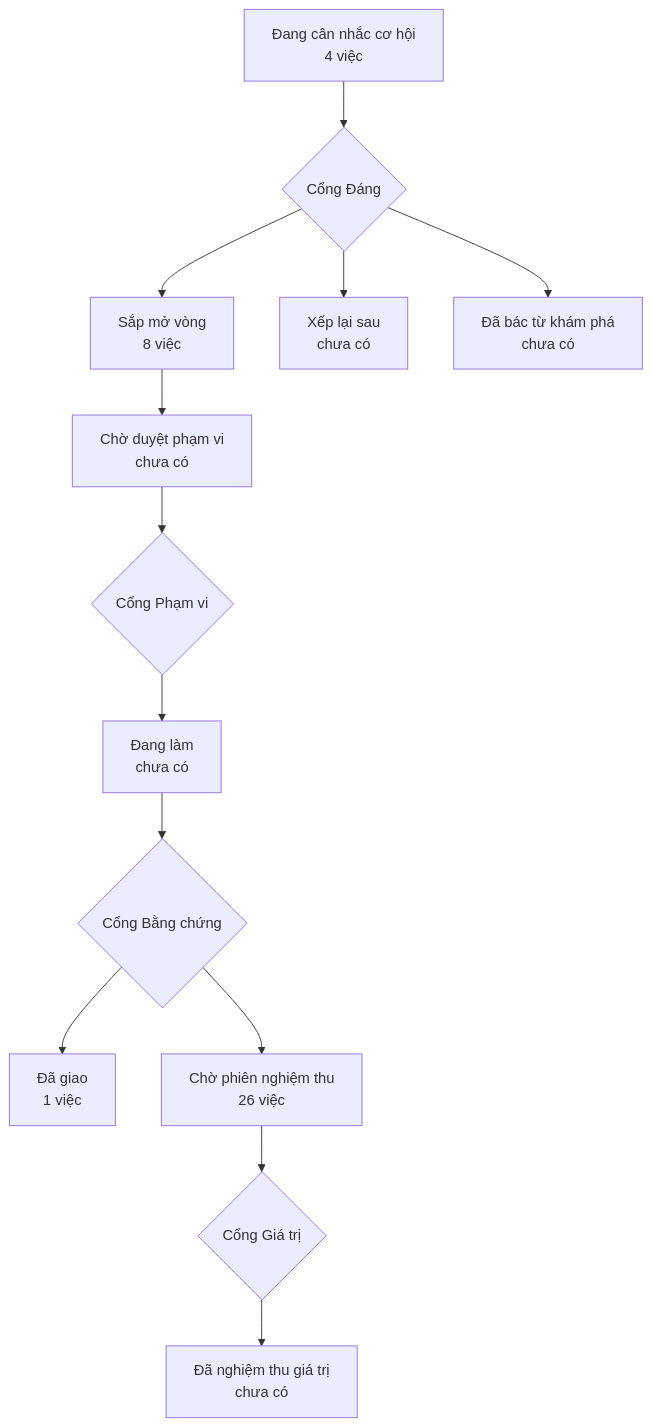
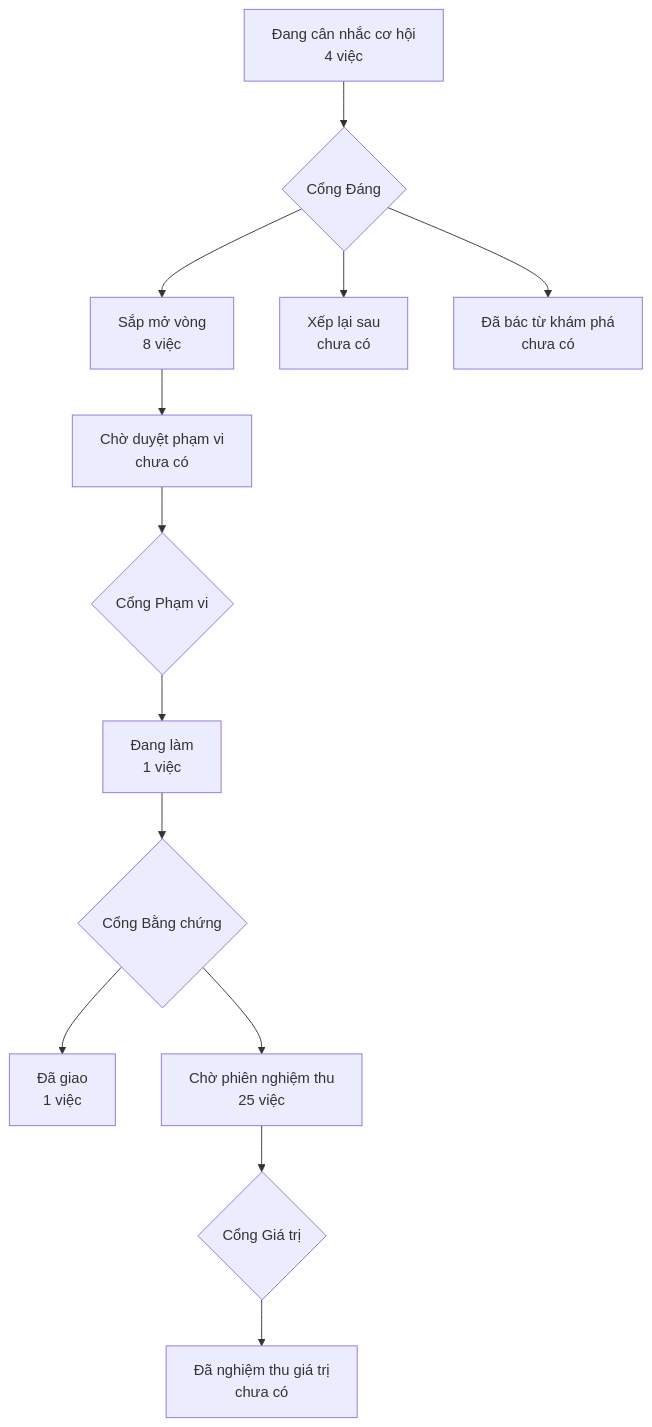
The diagram in PRODUCT-MAP.md (phanlemanh/onehub-inventory), drawn with Mermaid before and after one commit. The commit also changed other lines of this file and 18 other files, not shown here.

````diff
--- a/PRODUCT-MAP.md
+++ b/PRODUCT-MAP.md
@@ -7,12 +7,12 @@
 ```mermaid
 flowchart TD
   A["Đang cân nhắc cơ hội<br/>4 việc"] --> GD{"Cổng Đáng"}
   GD --> B["Sắp mở vòng<br/>8 việc"]
   GD --> XL["Xếp lại sau<br/>chưa có"]
   GD --> DB["Đã bác từ khám phá<br/>chưa có"]
   B --> CD["Chờ duyệt phạm vi<br/>chưa có"] --> GP{"Cổng Phạm vi"}
-  GP --> DL["Đang làm<br/>chưa có"] --> GB{"Cổng Bằng chứng"}
+  GP --> DL["Đang làm<br/>1 việc"] --> GB{"Cổng Bằng chứng"}
   GB --> DG["Đã giao<br/>1 việc"]
-  GB --> CN["Chờ phiên nghiệm thu<br/>26 việc"] --> GG{"Cổng Giá trị"}
+  GB --> CN["Chờ phiên nghiệm thu<br/>25 việc"] --> GG{"Cổng Giá trị"}
   GG --> NT["Đã nghiệm thu giá trị<br/>chưa có"]
 ```
````
